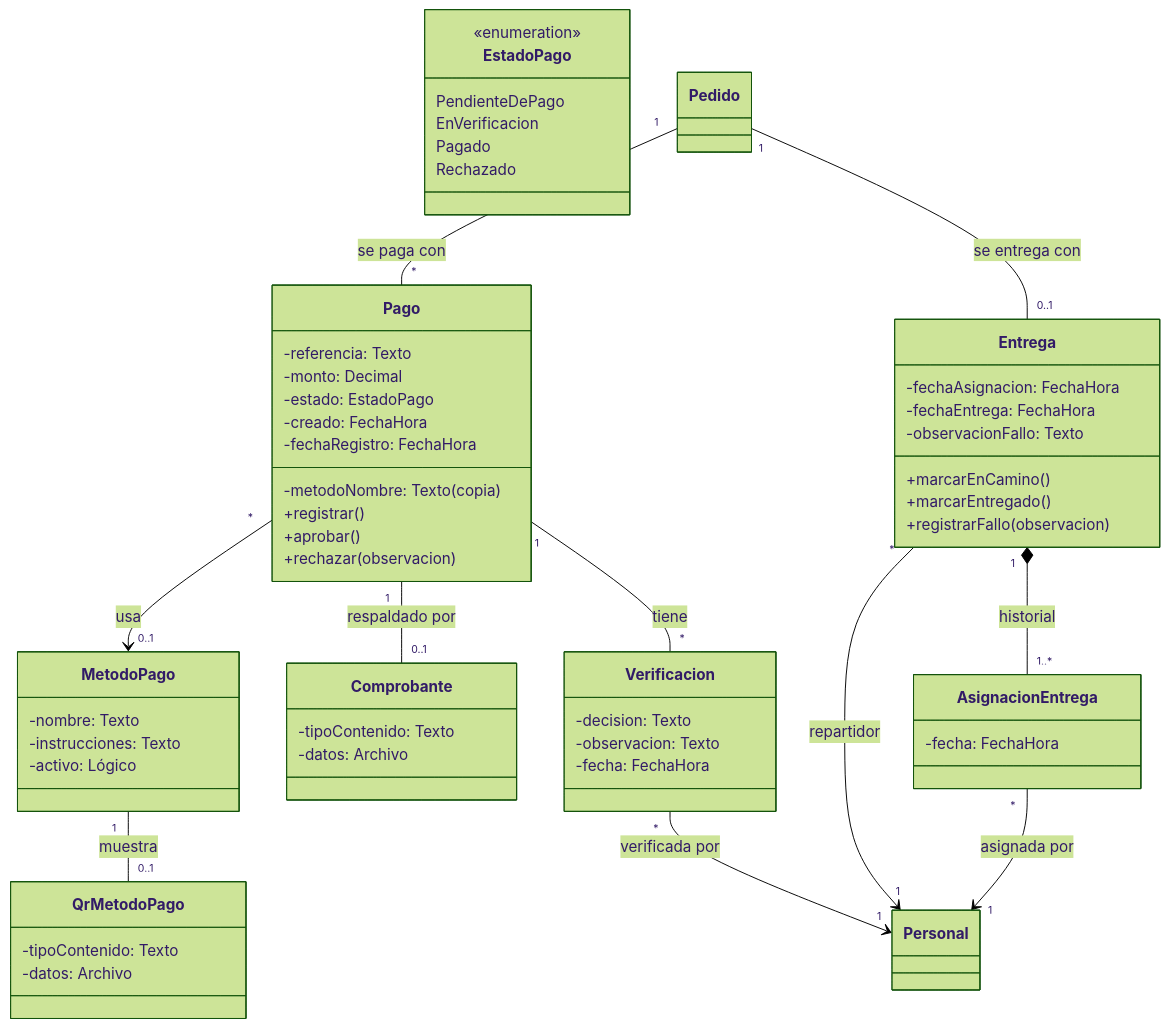
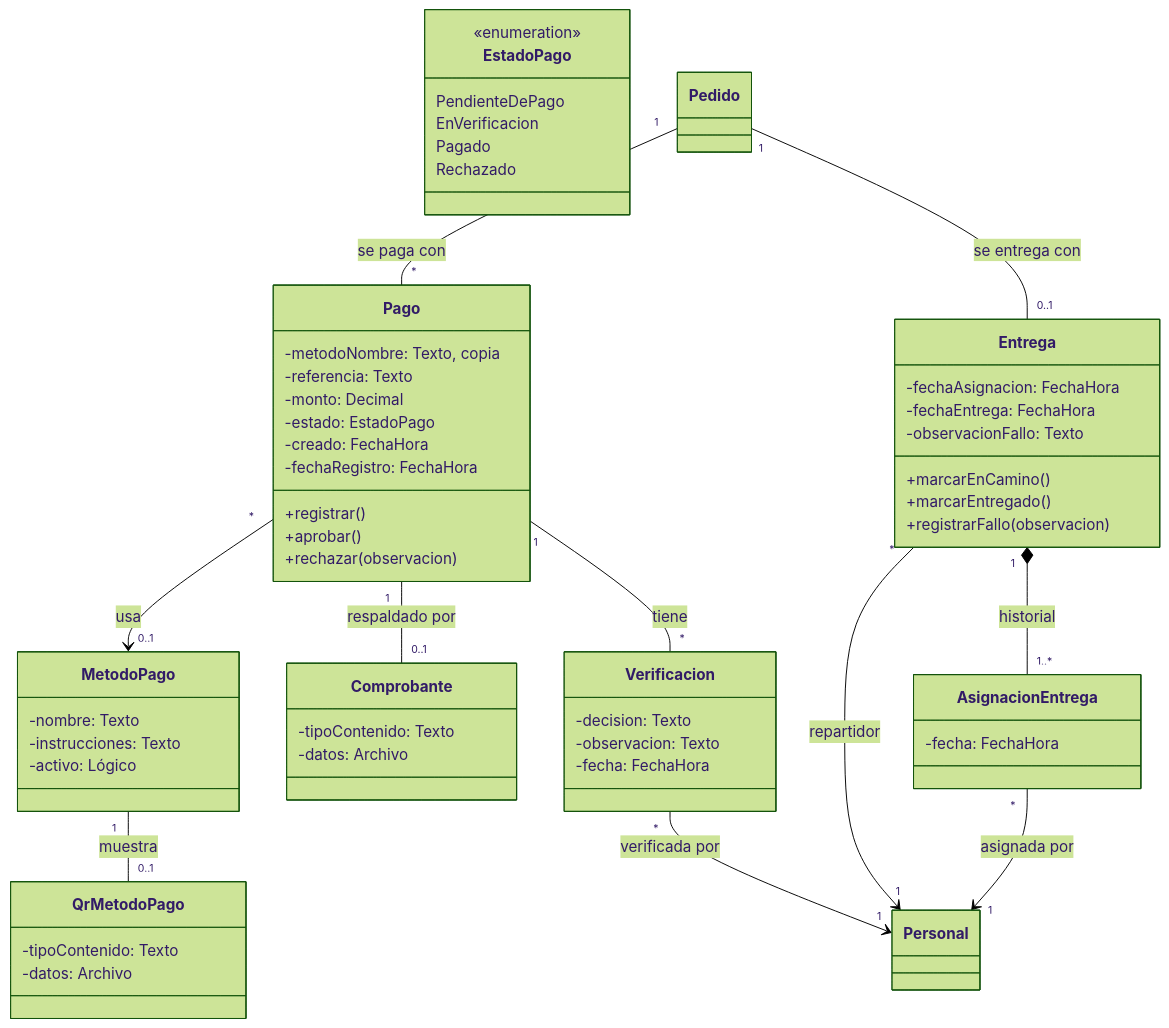
The seventh of 12 diagrams in docs/04-modelos-uml.md (Anton10-AR/DulcesAromas), drawn with Mermaid (forest theme) before and after one commit. The commit also changed other lines of this file, not shown here.

Commit message:
Modelos UML: atributos con nota sin paréntesis para que Mermaid no los tome como métodos; componentes en dos diagramas más legibles (RNF17)

````diff
--- a/docs/04-modelos-uml.md
+++ b/docs/04-modelos-uml.md
@@ -323,62 +323,62 @@
 ```mermaid
 classDiagram
   class Pago {
-    -metodoNombre: Texto (copia)
+    -metodoNombre: Texto, copia
     -referencia: Texto
     -monto: Decimal
     -estado: EstadoPago
     -creado: FechaHora
     -fechaRegistro: FechaHora
     +registrar()
     +aprobar()
     +rechazar(observacion)
   }
   class Verificacion {
     -decision: Texto
     -observacion: Texto
     -fecha: FechaHora
   }
   class Entrega {
     -fechaAsignacion: FechaHora
     -fechaEntrega: FechaHora
     -observacionFallo: Texto
     +marcarEnCamino()
     +marcarEntregado()
     +registrarFallo(observacion)
   }
   class AsignacionEntrega {
     -fecha: FechaHora
   }
   class MetodoPago {
     -nombre: Texto
     -instrucciones: Texto
     -activo: Lógico
   }
   class Comprobante {
     -tipoContenido: Texto
     -datos: Archivo
   }
   class QrMetodoPago {
     -tipoContenido: Texto
     -datos: Archivo
   }
   class EstadoPago {
     <<enumeration>>
     PendienteDePago
     EnVerificacion
     Pagado
     Rechazado
   }
   class Pedido
   class Personal
   Pedido "1" -- "*" Pago : se paga con
   Pago "*" --> "0..1" MetodoPago : usa
   Pago "1" -- "0..1" Comprobante : respaldado por
   MetodoPago "1" -- "0..1" QrMetodoPago : muestra
   Pago "1" -- "*" Verificacion : tiene
   Verificacion "*" --> "1" Personal : verificada por
   Pedido "1" -- "0..1" Entrega : se entrega con
   Entrega "*" --> "1" Personal : repartidor
   Entrega "1" *-- "1..*" AsignacionEntrega : historial
   AsignacionEntrega "*" --> "1" Personal : asignada por
 ```
````
